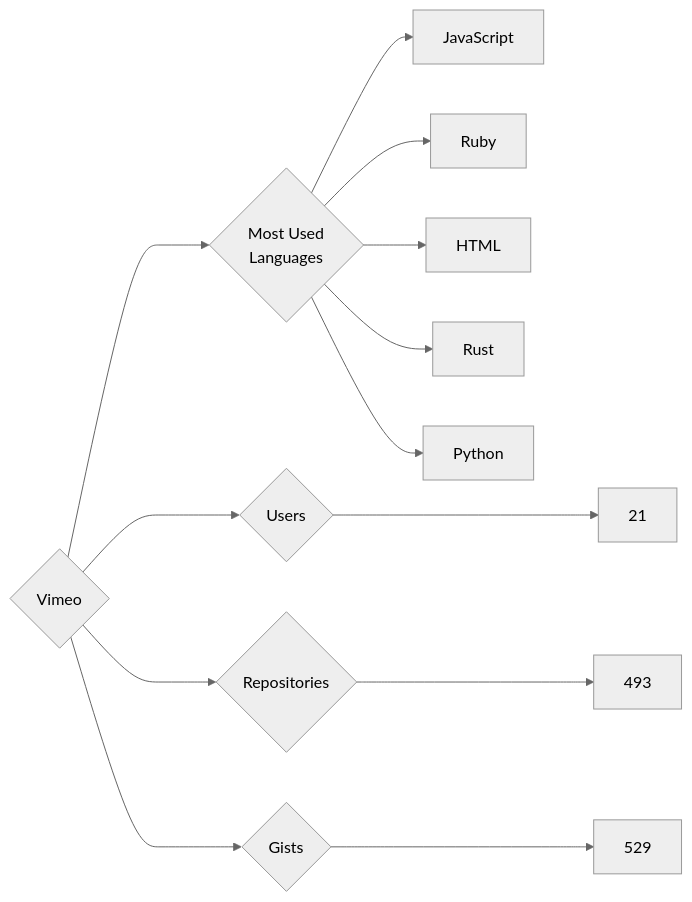
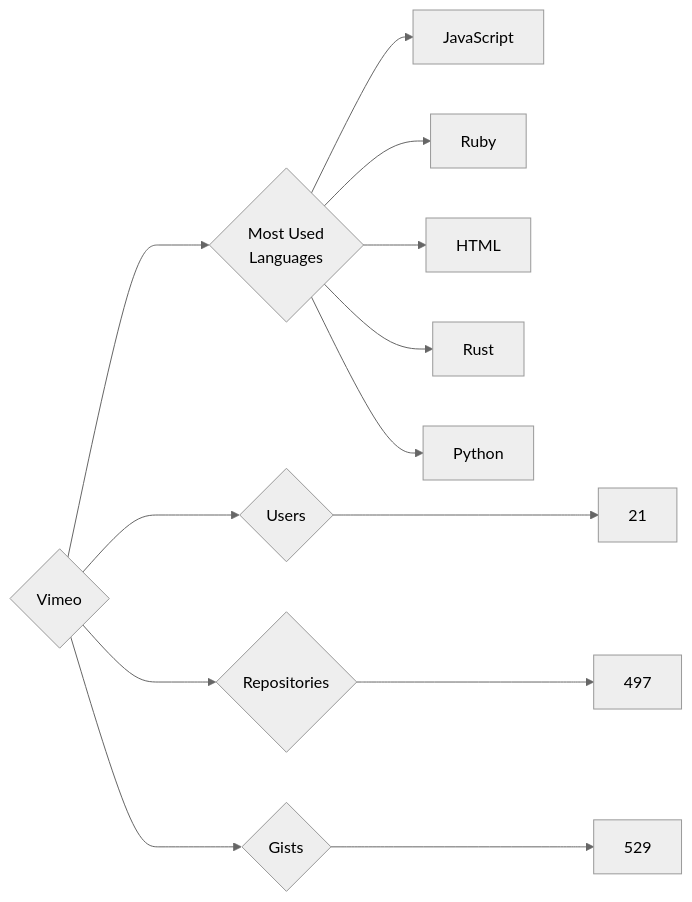
One commit to trickest/insiders changed the diagram in targets/Vimeo/README.md. Above: the diagram before and after it, drawn with Mermaid (neutral theme). The commit also changed 964 other files, not shown here.

````diff
--- a/targets/Vimeo/README.md
+++ b/targets/Vimeo/README.md
@@ -3,13 +3,13 @@
 ```mermaid
 graph LR
 COMPANY_NAME{Vimeo}
 COMPANY_NAME ---> U{Users} ---> UN[21]
-COMPANY_NAME ---> R{Repositories} ---> RN[493]
+COMPANY_NAME ---> R{Repositories} ---> RN[497]
 COMPANY_NAME ---> G{Gists} ---> GN[529]
 COMPANY_NAME ---> ML{Most Used<br>Languages}
 ML --> JavaScript[JavaScript]
 ML --> Ruby[Ruby]
 ML --> HTML[HTML]
 ML --> Rust[Rust]
 ML --> Python[Python]
 ```
````
